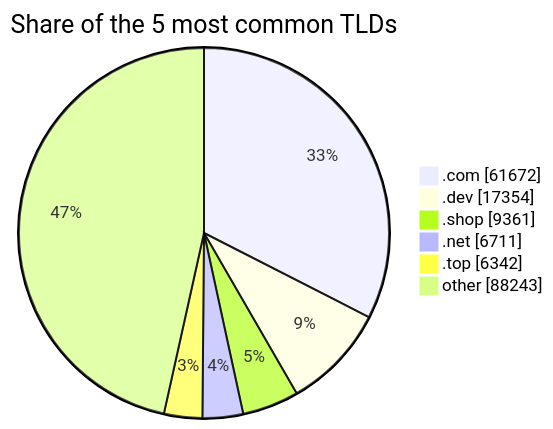
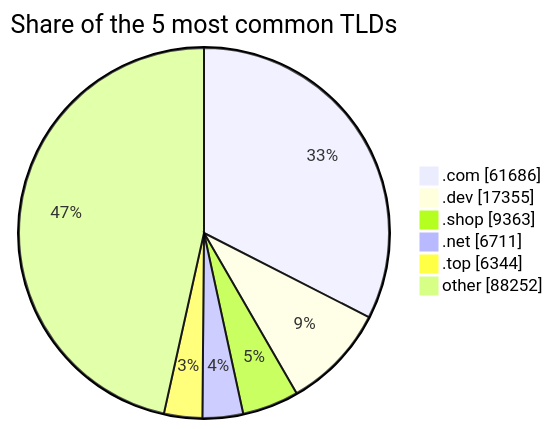
Before and after one commit to DNSBunker/CTI: the third of 3 diagrams in README.md, drawn with Mermaid. The commit also changed other lines of this file and 3 other files, not shown here.

````diff
--- a/README.md
+++ b/README.md
@@ -81,9 +81,9 @@
 ```mermaid
 pie showData title Share of the 5 most common TLDs
-    ".com" : 61672
-    ".dev" : 17354
-    ".shop" : 9361
+    ".com" : 61686
+    ".dev" : 17355
+    ".shop" : 9363
     ".net" : 6711
-    ".top" : 6342
-    "other" : 88243
+    ".top" : 6344
+    "other" : 88252
 ```
````
